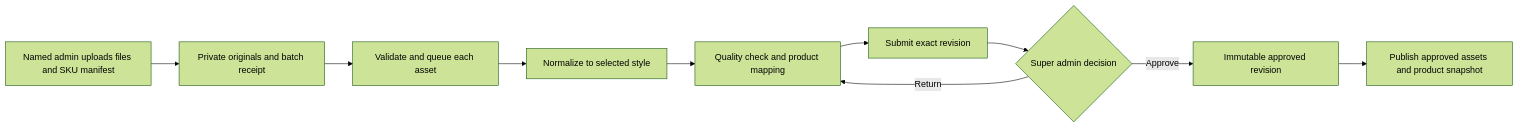
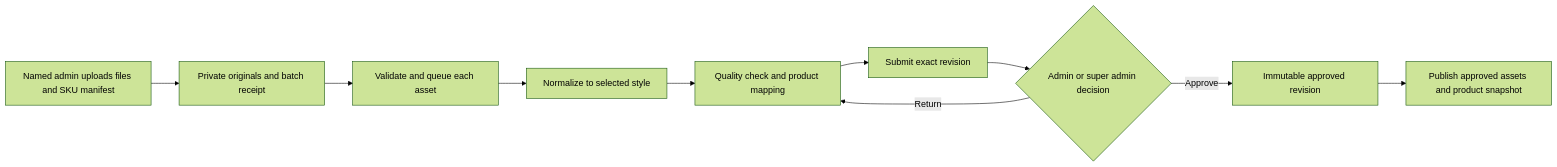
The first of 2 diagrams in docs/BACKEND-PLAN.md (RobinXie1984/isuntvmall), drawn with Mermaid (forest theme) before and after one commit. The commit also changed other lines of this file and 33 other files, not shown here.

````diff
--- a/docs/BACKEND-PLAN.md
+++ b/docs/BACKEND-PLAN.md
@@ -86,12 +87,12 @@
 ```mermaid
 flowchart LR
   A[Named admin uploads files and SKU manifest] --> B[Private originals and batch receipt]
   B --> C[Validate and queue each asset]
   C --> D[Normalize to selected style]
   D --> E[Quality check and product mapping]
   E --> F[Submit exact revision]
-  F --> G{Super admin decision}
+  F --> G{Admin or super admin decision}
   G -->|Return| E
   G -->|Approve| H[Immutable approved revision]
   H --> I[Publish approved assets and product snapshot]
 ```
````
